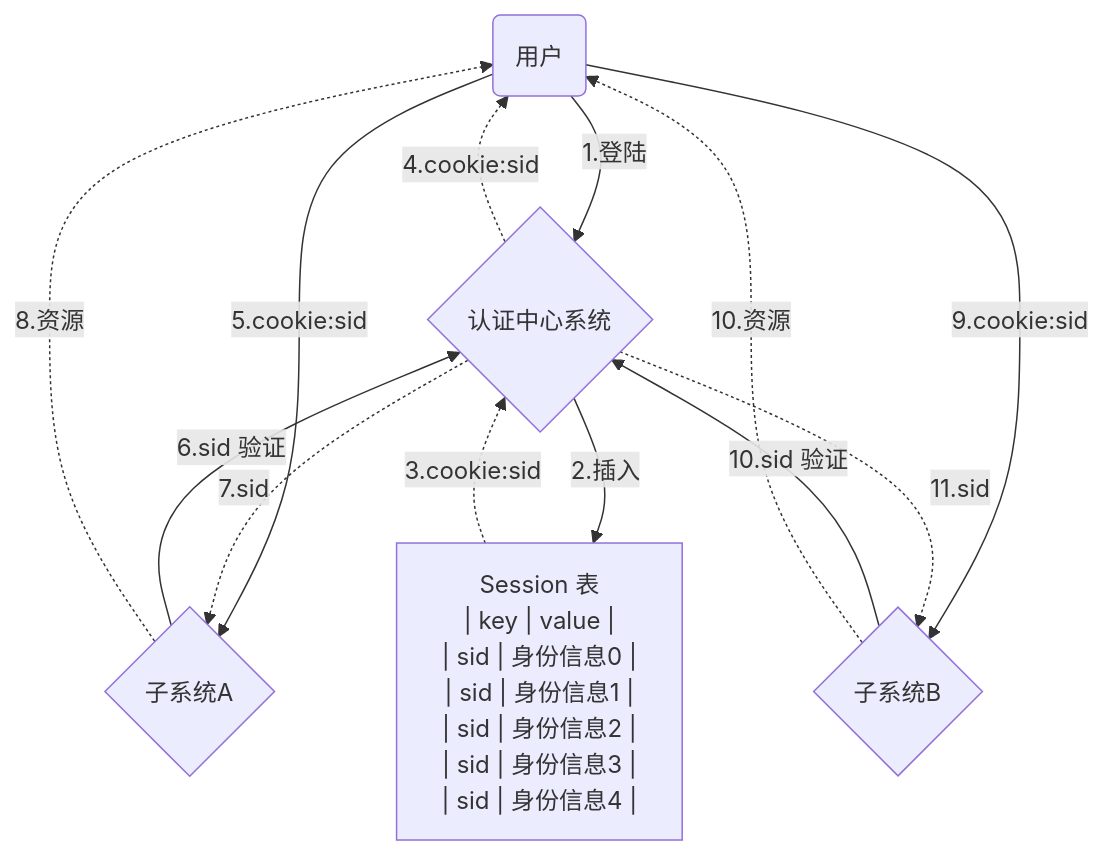
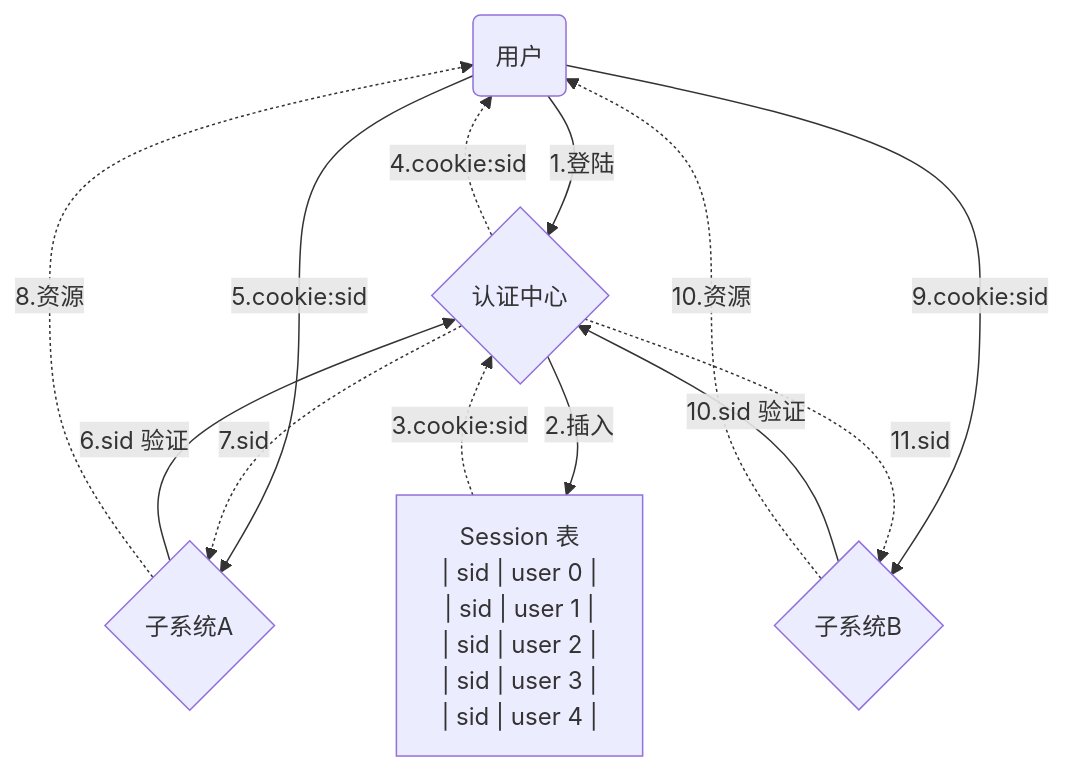
The first of 4 diagrams in README.md (heyuming1118/vue2-admin-app), drawn with Mermaid before and after one commit. The commit also changed other lines of this file, not shown here.

````diff
--- a/README.md
+++ b/README.md
@@ -8,21 +10,20 @@
 ```mermaid
 graph TB
-A(用户) --> |1.登陆| B{认证中心系统}
+A(用户) --> |1.登陆| B{认证中心}
 C -.-> |3.cookie:sid| B      
 B -.-> |4.cookie:sid| A     
 A --> |5.cookie:sid| D{子系统A}
 D --> |6.sid 验证| B      
 B -.-> |7.sid| D      
 D -.-> |8.资源| A      
 A --> |9.cookie:sid| E{子系统B}
 E --> |10.sid 验证| B
 B -.-> |11.sid| E
 E -.-> |10.资源| A
 B --> |2.插入| C["Session 表
-| key | value | 
-| sid | 身份信息0 | 
-| sid | 身份信息1 | 
-| sid | 身份信息2 | 
-| sid | 身份信息3 | 
-| sid | 身份信息4 | "] 
+| sid | user 0 | 
+| sid | user 1 | 
+| sid | user 2 | 
+| sid | user 3 | 
+| sid | user 4 | "] 
 ```
````
